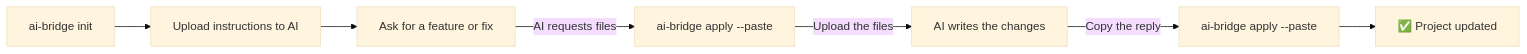
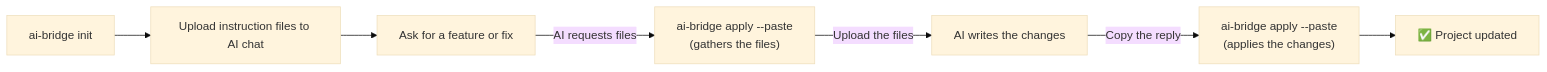
Before and after one commit to arpanvgm/ai-bridge: the diagram in README.md, drawn with Mermaid (base theme). The commit also changed other lines of this file and 1 other file, not shown here.

```diff
--- a/README.md
+++ b/README.md
@@ -33,9 +34,9 @@
 ~~~mermaid
 flowchart LR
-    A["ai-bridge init"] --> B["Upload instructions to AI"]
+    A["ai-bridge init"] --> B["Upload instruction files to AI chat"]
     B --> C["Ask for a feature or fix"]
-    C -->|"AI requests files"| D["ai-bridge apply --paste"]
+    C -->|"AI requests files"| D["ai-bridge apply --paste<br/>(gathers the files)"]
     D -->|"Upload the files"| E["AI writes the changes"]
-    E -->|"Copy the reply"| F["ai-bridge apply --paste"]
+    E -->|"Copy the reply"| F["ai-bridge apply --paste<br/>(applies the changes)"]
     F --> G["✅ Project updated"]
 ~~~
```
